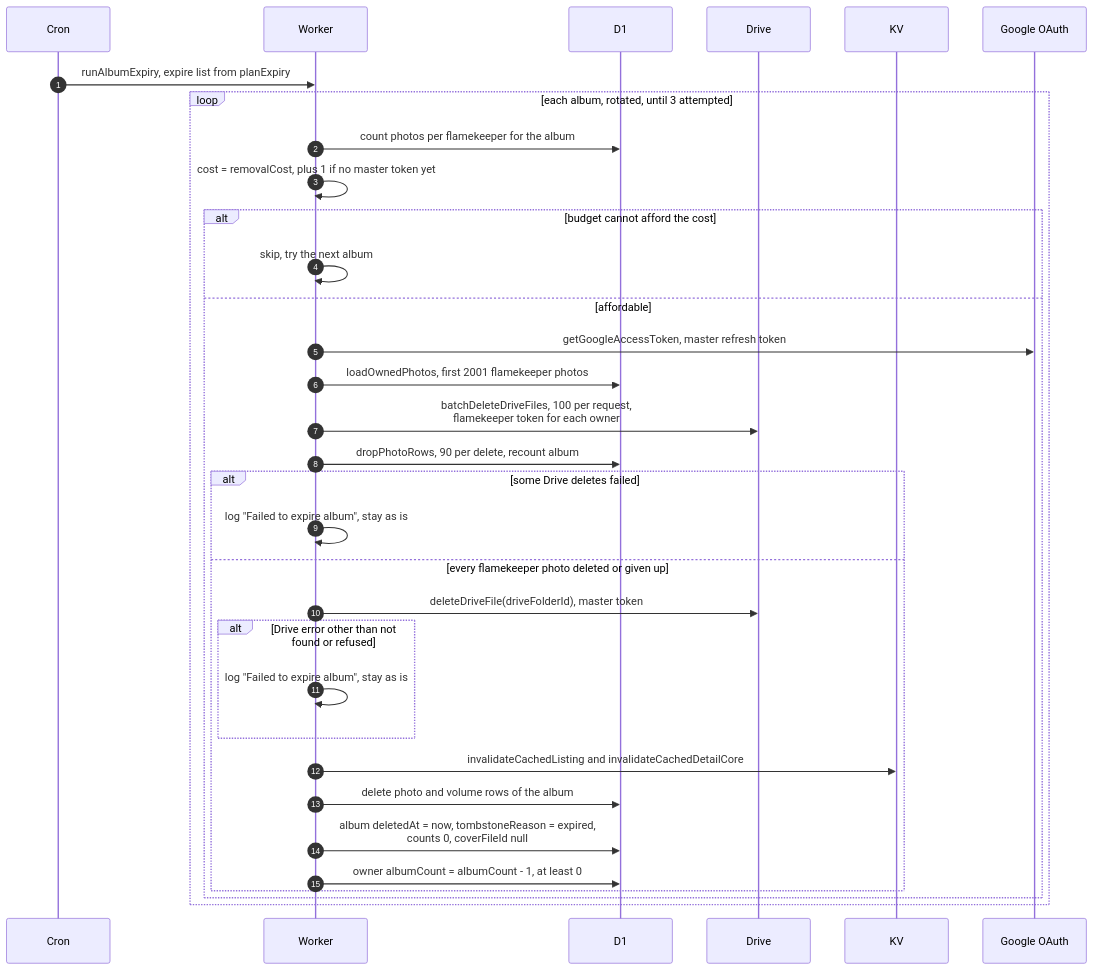
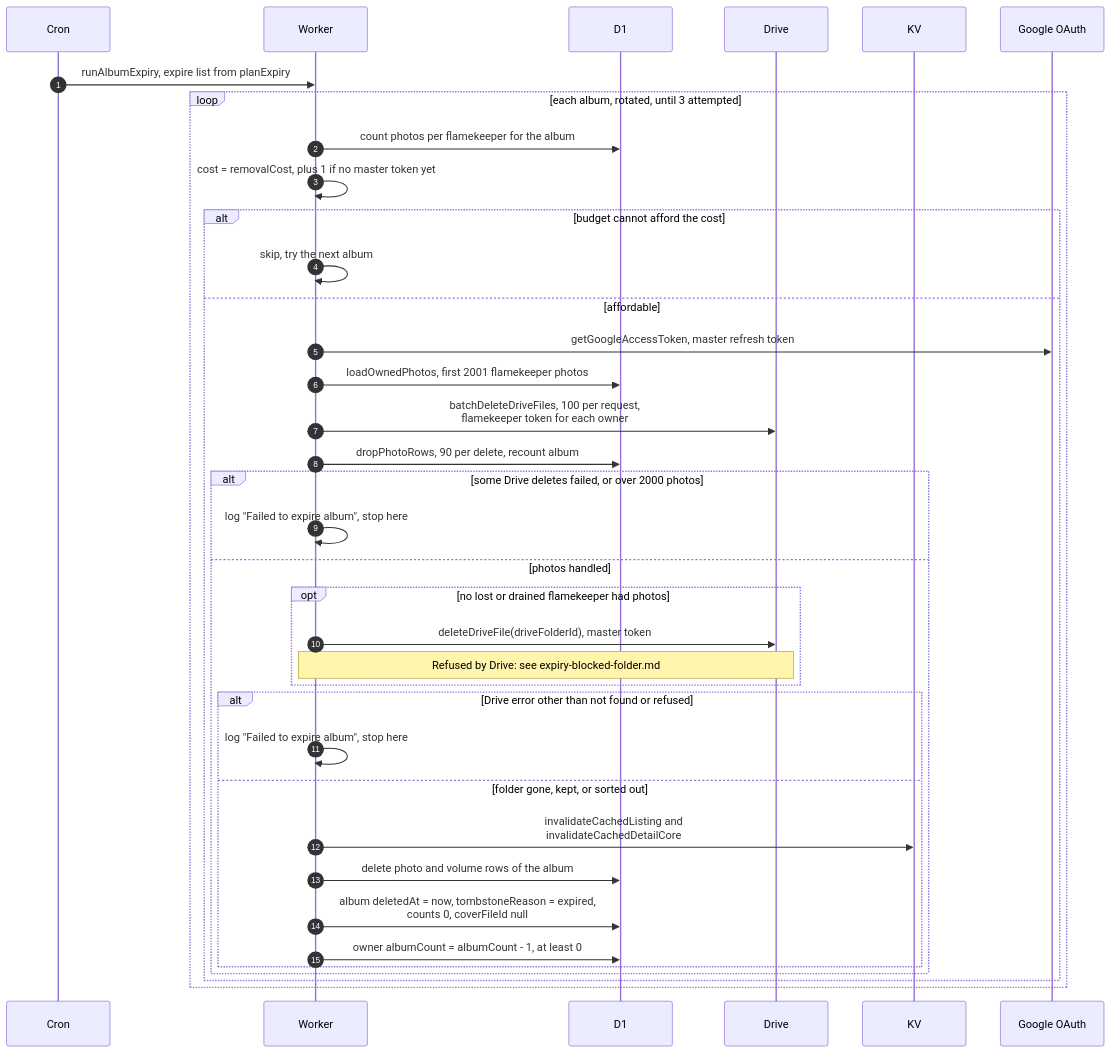
The diagram in docs/scenarios/cron/albums-and-housekeeping/expiry-delete.md (sagyzdop/meriksirat), drawn with Mermaid before and after one commit. The commit also changed other lines of this file and 10 other files, not shown here.

Commit message:
docs(scenarios): verify cron albums-and-housekeeping diagrams against code

````diff
--- a/docs/scenarios/cron/albums-and-housekeeping/expiry-delete.md
+++ b/docs/scenarios/cron/albums-and-housekeeping/expiry-delete.md
@@ -37,35 +40,39 @@
 ```mermaid
 sequenceDiagram
     autonumber
     participant Cron
     participant Worker
     participant D1
     participant Drive
     participant KV
     participant Google OAuth
     Cron->>Worker: runAlbumExpiry, expire list from planExpiry
     loop each album, rotated, until 3 attempted
         Worker->>D1: count photos per flamekeeper for the album
         Worker->>Worker: cost = removalCost, plus 1 if no master token yet
         alt budget cannot afford the cost
             Worker->>Worker: skip, try the next album
         else affordable
             Worker->>Google OAuth: getGoogleAccessToken, master refresh token
             Worker->>D1: loadOwnedPhotos, first 2001 flamekeeper photos
             Worker->>Drive: batchDeleteDriveFiles, 100 per request,<br/>flamekeeper token for each owner
             Worker->>D1: dropPhotoRows, 90 per delete, recount album
-            alt some Drive deletes failed
-                Worker->>Worker: log "Failed to expire album", stay as is
-            else every flamekeeper photo deleted or given up
-                Worker->>Drive: deleteDriveFile(driveFolderId), master token
+            alt some Drive deletes failed, or over 2000 photos
+                Worker->>Worker: log "Failed to expire album", stop here
+            else photos handled
+                opt no lost or drained flamekeeper had photos
+                    Worker->>Drive: deleteDriveFile(driveFolderId), master token
+                    Note over Worker,Drive: Refused by Drive: see expiry-blocked-folder.md
+                end
                 alt Drive error other than not found or refused
-                    Worker->>Worker: log "Failed to expire album", stay as is
+                    Worker->>Worker: log "Failed to expire album", stop here
+                else folder gone, kept, or sorted out
+                    Worker->>KV: invalidateCachedListing and<br/>invalidateCachedDetailCore
+                    Worker->>D1: delete photo and volume rows of the album
+                    Worker->>D1: album deletedAt = now, tombstoneReason = expired,<br/>counts 0, coverFileId null
+                    Worker->>D1: owner albumCount = albumCount - 1, at least 0
                 end
-                Worker->>KV: invalidateCachedListing and invalidateCachedDetailCore
-                Worker->>D1: delete photo and volume rows of the album
-                Worker->>D1: album deletedAt = now, tombstoneReason = expired,<br/>counts 0, coverFileId null
-                Worker->>D1: owner albumCount = albumCount - 1, at least 0
             end
         end
     end
 ```
````
